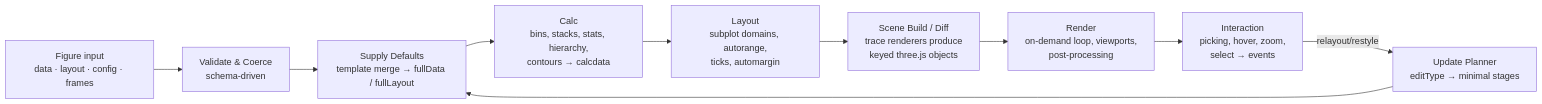
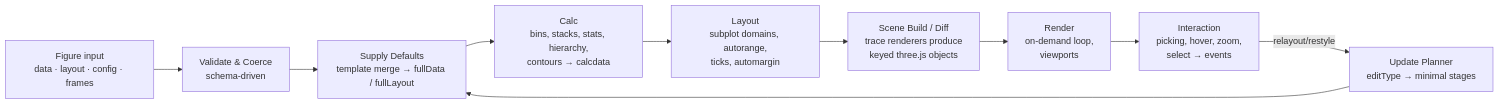
The diagram in ARCHITECTURE.md (holochart/holochart), drawn with Mermaid before and after one commit. The commit also changed other lines of this file and 157 other files, not shown here.

Commit message:
chore: prepare v1.0 snapshot with chart fixes, examples, and docs

````diff
--- a/ARCHITECTURE.md
+++ b/ARCHITECTURE.md
@@ -86,12 +93,12 @@
 ```mermaid
 flowchart LR
     A[Figure input<br/>data · layout · config · frames] --> B[Validate & Coerce<br/>schema-driven]
     B --> C[Supply Defaults<br/>template merge → fullData / fullLayout]
     C --> D[Calc<br/>bins, stacks, stats, hierarchy,<br/>contours → calcdata]
     D --> E[Layout<br/>subplot domains, autorange,<br/>ticks, automargin]
     E --> F[Scene Build / Diff<br/>trace renderers produce<br/>keyed three.js objects]
-    F --> G[Render<br/>on-demand loop, viewports,<br/>post-processing]
+    F --> G[Render<br/>on-demand loop,<br/>viewports]
     G --> H[Interaction<br/>picking, hover, zoom,<br/>select → events]
     H -- relayout/restyle --> I[Update Planner<br/>editType → minimal stages]
     I --> C
 ```
````
